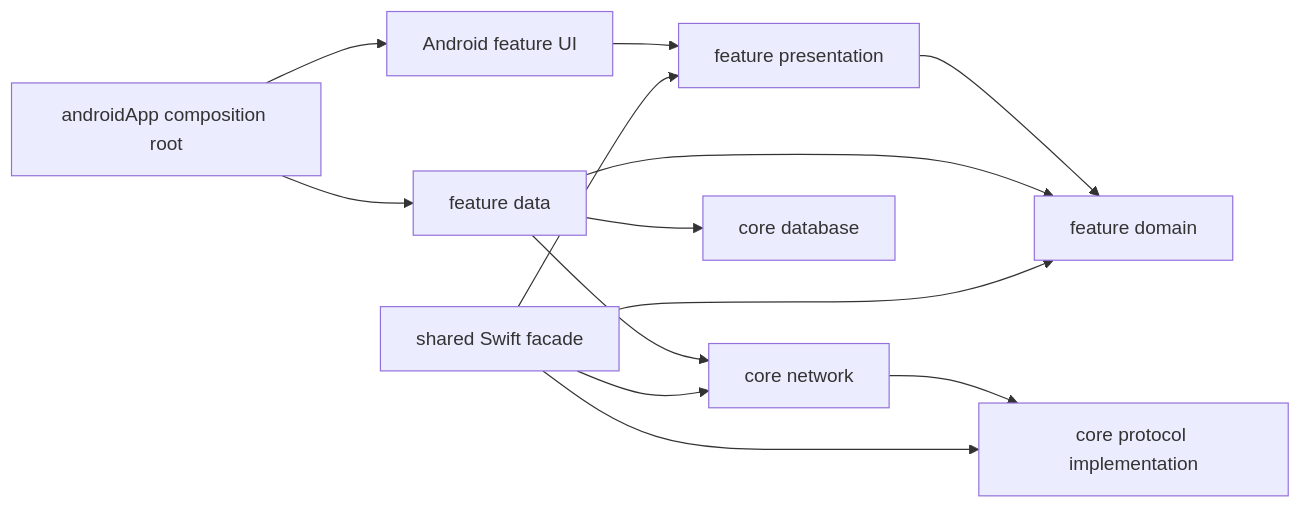
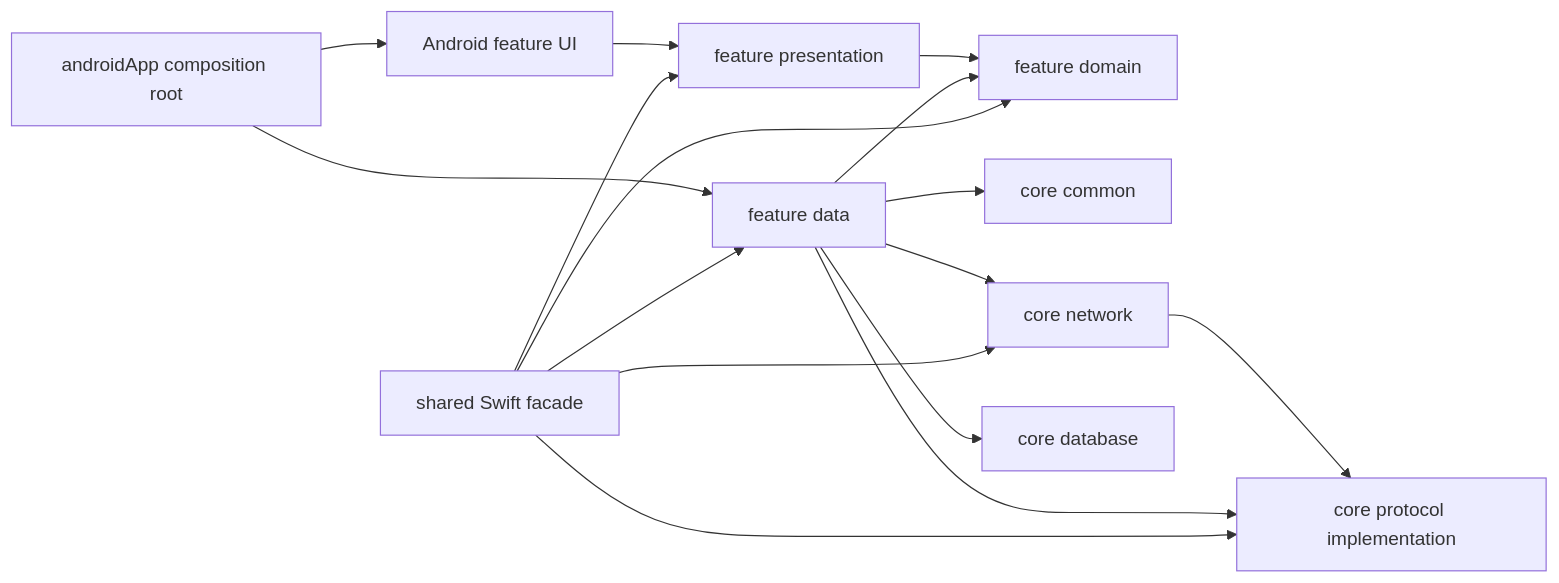
Before and after one commit to VictorSkurchik/rotki: the diagram in mobile/docs/architecture.md, drawn with Mermaid. The commit also changed other lines of this file and 35 other files, not shown here.

````diff
--- a/mobile/docs/architecture.md
+++ b/mobile/docs/architecture.md
@@ -136,15 +146,18 @@
 ```mermaid
 flowchart LR
     AndroidApp["androidApp composition root"] --> AndroidFeature["Android feature UI"]
     AndroidFeature --> Presentation["feature presentation"]
     Presentation --> Domain["feature domain"]
     Data["feature data"] --> Domain
+    Data --> Common["core common"]
     Data --> Network["core network"]
     Network --> Protocol["core protocol implementation"]
+    Data --> Protocol
     Data --> Database["core database"]
     AndroidApp --> Data
     Shared["shared Swift facade"] --> Presentation
     Shared --> Domain
+    Shared --> Data
     Shared --> Protocol
     Shared --> Network
 ```
````
